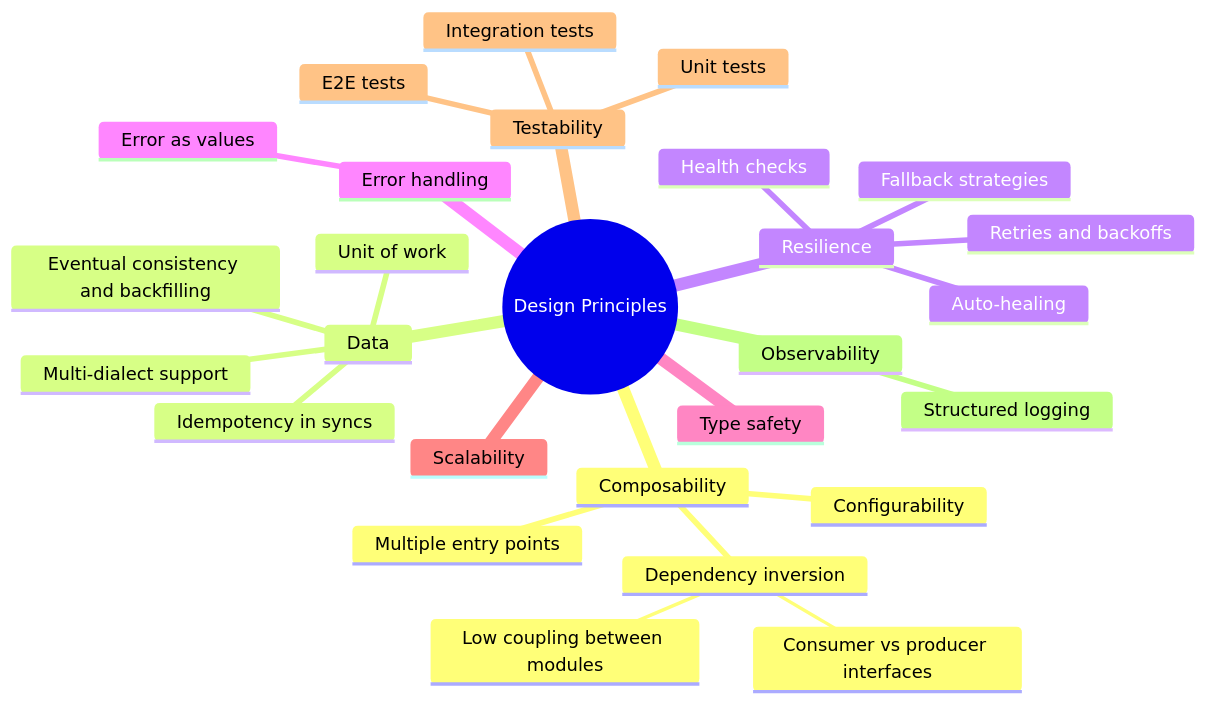
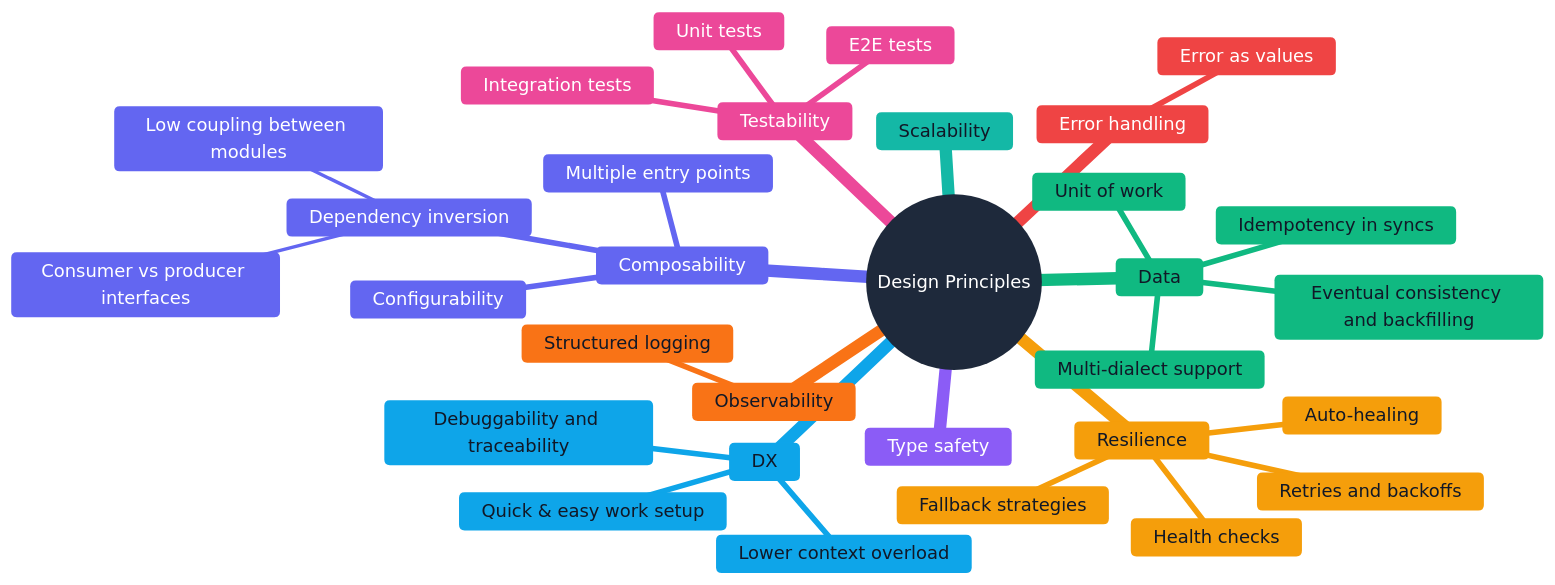
Before and after one commit to mahmok/labeling-case: the diagram in doc/design-principles.md, drawn with Mermaid.

Commit message:
chore: better mindmap

````diff
--- a/doc/design-principles.md
+++ b/doc/design-principles.md
@@ -3,30 +3,35 @@
 ```mermaid
+%%{init: {"theme": "base", "themeVariables": {"git0": "#1E293B", "gitBranchLabel0": "#FFFFFF", "cScale0": "#1E293B", "cScaleLabel0": "#FFFFFF", "cScaleInv0": "#1E293B", "lineColor": "#94A3B8", "cScale1": "#6366F1", "cScaleInv1": "#6366F1", "cScaleLabel1": "#FFFFFF", "cScale2": "#0EA5E9", "cScaleInv2": "#0EA5E9", "cScaleLabel2": "#111827", "cScale3": "#10B981", "cScaleInv3": "#10B981", "cScaleLabel3": "#111827", "cScale4": "#F59E0B", "cScaleInv4": "#F59E0B", "cScaleLabel4": "#111827", "cScale5": "#EF4444", "cScaleInv5": "#EF4444", "cScaleLabel5": "#FFFFFF", "cScale6": "#8B5CF6", "cScaleInv6": "#8B5CF6", "cScaleLabel6": "#FFFFFF", "cScale7": "#14B8A6", "cScaleInv7": "#14B8A6", "cScaleLabel7": "#111827", "cScale8": "#EC4899", "cScaleInv8": "#EC4899", "cScaleLabel8": "#FFFFFF", "cScale9": "#F97316", "cScaleInv9": "#F97316", "cScaleLabel9": "#111827"}} }%%
 mindmap
   root((Design Principles))
     Composability
         Dependency inversion
             Consumer vs producer interfaces
             Low coupling between modules
         Multiple entry points
         Configurability
+    DX
+       Lower context overload
+       Debuggability and traceability
+       Quick & easy work setup
     Data
         Unit of work
         Multi-dialect support
         Idempotency in syncs
         Eventual consistency and backfilling
     Resilience
         Fallback strategies
         Retries and backoffs
         Auto-healing
         Health checks
     Error handling
         Error as values
     Type safety
     Scalability
     Testability
         Unit tests
         Integration tests
         E2E tests
     Observability
         Structured logging
 ```
````
